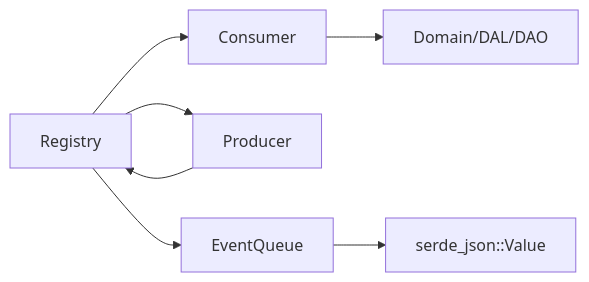
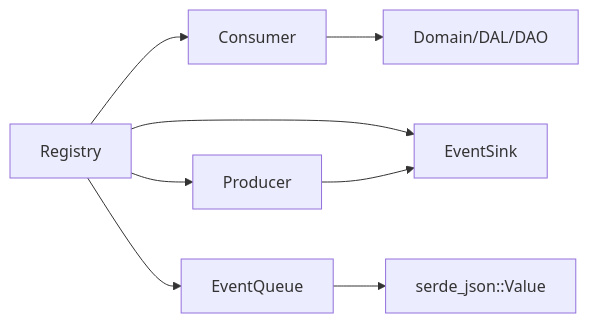
The seventh of 7 diagrams in docs/wiki/zh/content/基础设施/AOP 事件系统/AOP 核心架构/生产者消费者模式.md (runningcoders/ai_orz), drawn with Mermaid before and after one commit. The commit also changed other lines of this file and 37 other files, not shown here.

````diff
--- a/docs/wiki/zh/content/基础设施/AOP 事件系统/AOP 核心架构/生产者消费者模式.md
+++ b/docs/wiki/zh/content/基础设施/AOP 事件系统/AOP 核心架构/生产者消费者模式.md
@@ -300,9 +367,10 @@
 ```mermaid
 graph LR
 REG["Registry"] --> CON["Consumer"]
 REG --> PRO["Producer"]
+REG --> SINK["EventSink"]
 REG --> QUE["EventQueue"]
 QUE --> VAL["serde_json::Value"]
 CON --> DOM["Domain/DAL/DAO"]
-PRO --> REG
+PRO --> SINK
 ```
````
